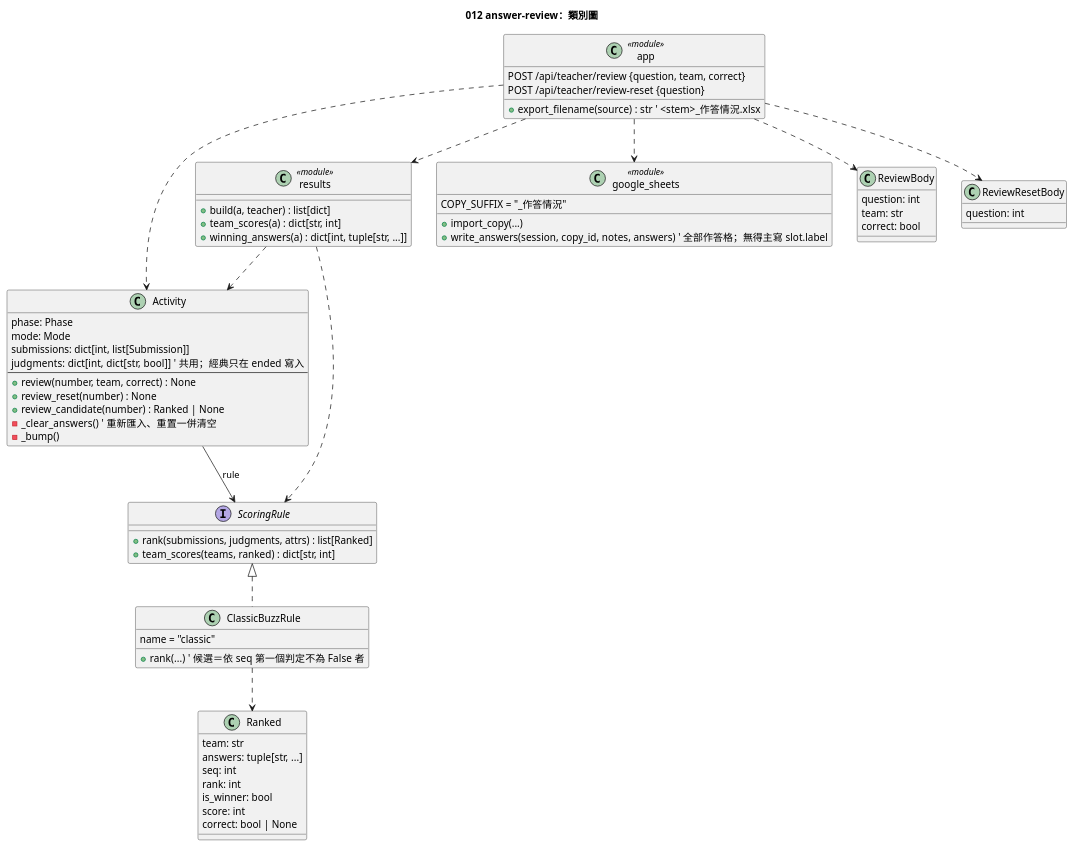
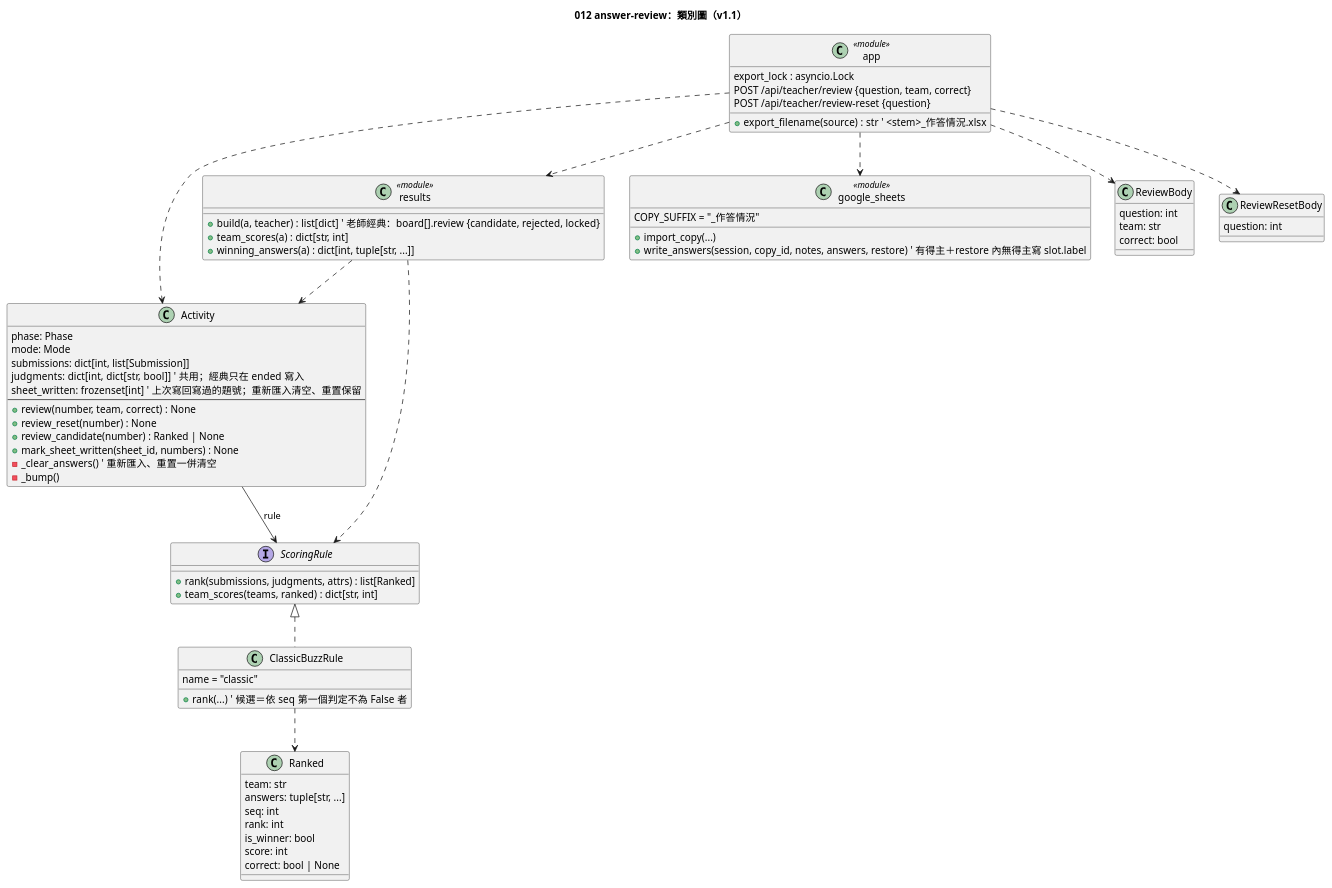
One commit to yue083139/software_fin-speckit changed the diagram in diagrams/012-answer-review-class.puml. Above: the diagram before and after it, drawn with PlantUML. The commit also changed 28 other files, not shown here.

First line of the commit message:
feat(server,contracts): [CORE] 012-answer-review v1.1——經典搶答結束後依順位答對／答錯檢查，匯出寫選定答案，副本改名「_作答情況」

```diff
--- a/diagrams/012-answer-review-class.puml
+++ b/diagrams/012-answer-review-class.puml
@@ -1,75 +1,78 @@
 @startuml 012-answer-review-class
-title 012 answer-review：類別圖
+title 012 answer-review：類別圖（v1.1）
 
 class Activity {
   phase: Phase
   mode: Mode
   submissions: dict[int, list[Submission]]
   judgments: dict[int, dict[str, bool]]  ' 共用；經典只在 ended 寫入
+  sheet_written: frozenset[int]  ' 上次寫回寫過的題號；重新匯入清空、重置保留
   --
   + review(number, team, correct) : None
   + review_reset(number) : None
   + review_candidate(number) : Ranked | None
+  + mark_sheet_written(sheet_id, numbers) : None
   - _clear_answers()  ' 重新匯入、重置一併清空
   - _bump()
 }
 
 interface ScoringRule {
   + rank(submissions, judgments, attrs) : list[Ranked]
   + team_scores(teams, ranked) : dict[str, int]
 }
 
 class ClassicBuzzRule {
   name = "classic"
   + rank(...)  ' 候選＝依 seq 第一個判定不為 False 者
 }
 
 class Ranked {
   team: str
   answers: tuple[str, ...]
   seq: int
   rank: int
   is_winner: bool
   score: int
   correct: bool | None
 }
 
 class "results" as Results <<module>> {
-  + build(a, teacher) : list[dict]
+  + build(a, teacher) : list[dict]  ' 老師經典：board[].review {candidate, rejected, locked}
   + team_scores(a) : dict[str, int]
   + winning_answers(a) : dict[int, tuple[str, ...]]
 }
 
 class "google_sheets" as GS <<module>> {
   COPY_SUFFIX = "_作答情況"
   + import_copy(...)
-  + write_answers(session, copy_id, notes, answers)  ' 全部作答格；無得主寫 slot.label
+  + write_answers(session, copy_id, notes, answers, restore)  ' 有得主＋restore 內無得主寫 slot.label
 }
 
 class "app" as App <<module>> {
   + export_filename(source) : str  ' <stem>_作答情況.xlsx
+  export_lock : asyncio.Lock
   POST /api/teacher/review {question, team, correct}
   POST /api/teacher/review-reset {question}
 }
 
 class ReviewBody {
   question: int
   team: str
   correct: bool
 }
 
 class ReviewResetBody {
   question: int
 }
 
 ScoringRule <|.. ClassicBuzzRule
 ClassicBuzzRule ..> Ranked
 Activity --> ScoringRule : rule
 Results ..> Activity
 Results ..> ScoringRule
 App ..> Activity
 App ..> Results
 App ..> GS
 App ..> ReviewBody
 App ..> ReviewResetBody
 @enduml
```
